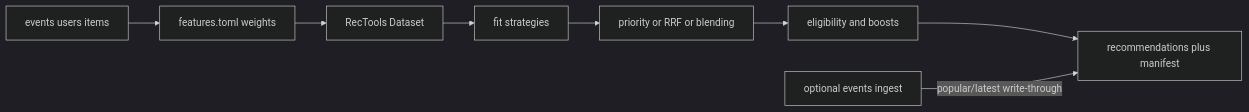
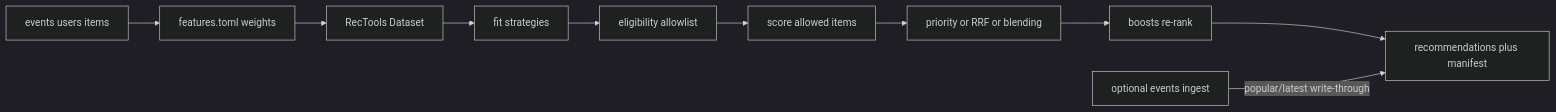
Before and after one commit to torbido-hq/cicerone: the diagram in docs/how-it-works.md, drawn with Mermaid (dark theme). The commit also changed other lines of this file and 5 other files, not shown here.

First line of the commit message:
docs: correct stale claims across tutorial, how-it-works, architecture, incremental-events, and README (#116)

````diff
--- a/docs/how-it-works.md
+++ b/docs/how-it-works.md
@@ -18,13 +18,15 @@
 ```mermaid
 flowchart LR
   input[events users items]
   weigh[features.toml weights]
   dataset[RecTools Dataset]
   fit[fit strategies]
+  allow[eligibility allowlist]
+  score[score allowed items]
   combine[priority or RRF or blending]
-  policy[eligibility and boosts]
+  boost[boosts re-rank]
   out[recommendations plus manifest]
   events[optional events ingest]
-  input --> weigh --> dataset --> fit --> combine --> policy --> out
+  input --> weigh --> dataset --> fit --> allow --> score --> combine --> boost --> out
   events -->|"popular/latest write-through"| out
 ```
````
